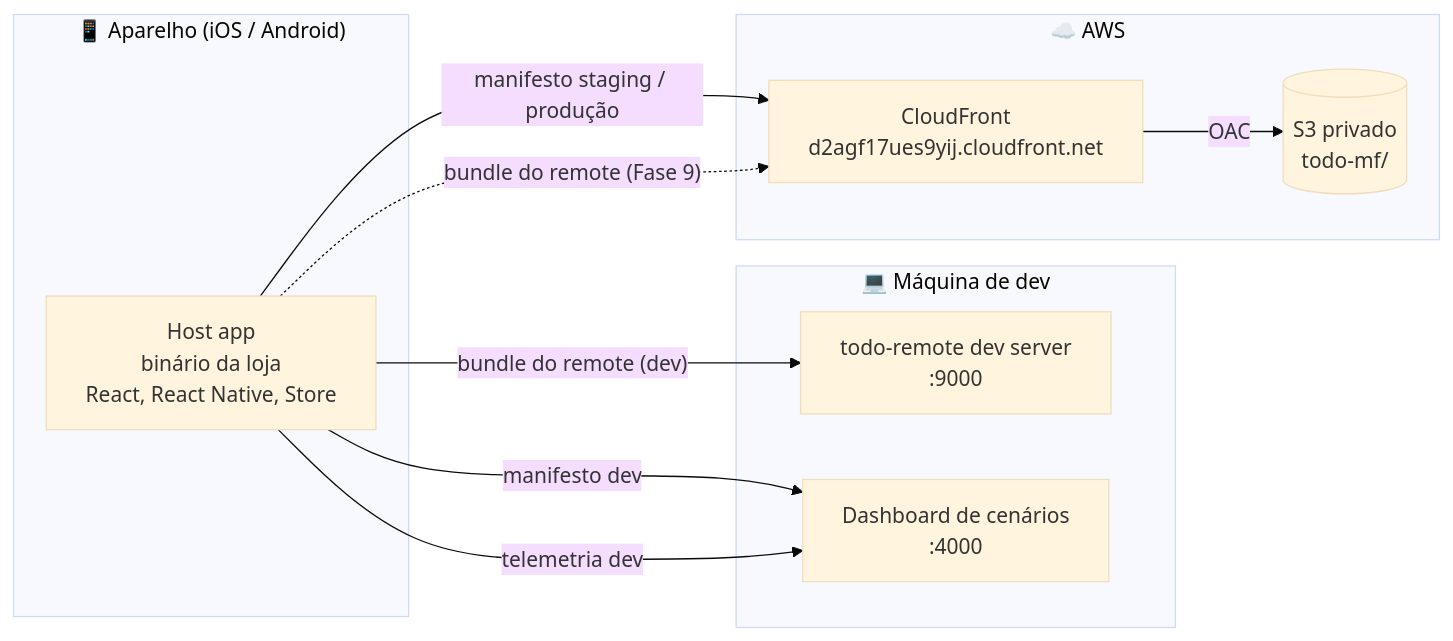
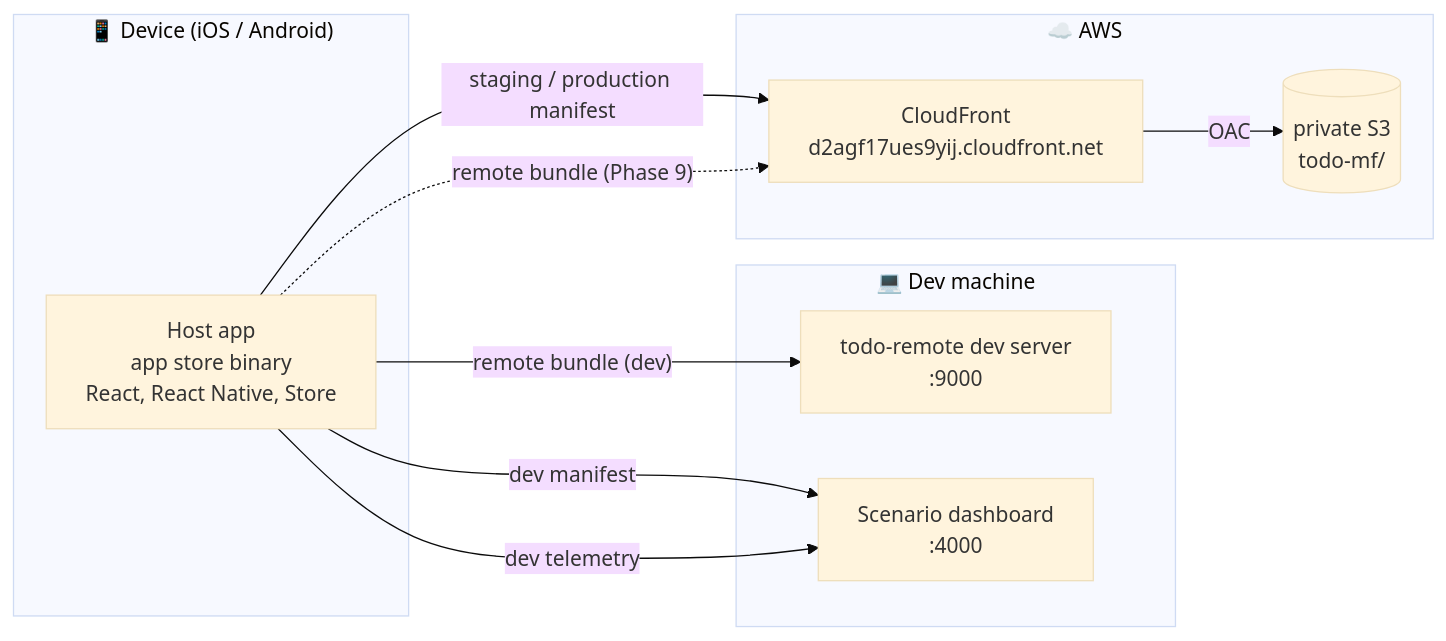
Before and after one commit to Luizrebelatto/module-federation-playground: the first of 8 diagrams in todo-mf/ARCHITECTURE.md, drawn with Mermaid (base theme). The commit also changed other lines of this file and 16 other files, not shown here.

````diff
--- a/todo-mf/ARCHITECTURE.md
+++ b/todo-mf/ARCHITECTURE.md
@@ -13,23 +13,23 @@
 ```mermaid
 flowchart LR
-  subgraph Device["📱 Aparelho (iOS / Android)"]
-    Host["Host app<br/>binário da loja<br/>React, React Native, Store"]
+  subgraph Device["📱 Device (iOS / Android)"]
+    Host["Host app<br/>app store binary<br/>React, React Native, Store"]
   end
 
-  subgraph Dev["💻 Máquina de dev"]
+  subgraph Dev["💻 Dev machine"]
     RemoteDev["todo-remote dev server<br/>:9000"]
-    Dashboard["Dashboard de cenários<br/>:4000"]
+    Dashboard["Scenario dashboard<br/>:4000"]
   end
 
   subgraph AWS["☁️ AWS"]
     CF["CloudFront<br/>d2agf17ues9yij.cloudfront.net"]
-    S3[("S3 privado<br/>todo-mf/")]
+    S3[("private S3<br/>todo-mf/")]
     CF -- "OAC" --> S3
   end
 
-  Host -- "manifesto dev" --> Dashboard
-  Host -- "telemetria dev" --> Dashboard
-  Host -- "bundle do remote (dev)" --> RemoteDev
-  Host -- "manifesto staging / produção" --> CF
-  Host -. "bundle do remote (Fase 9)" .-> CF
+  Host -- "dev manifest" --> Dashboard
+  Host -- "dev telemetry" --> Dashboard
+  Host -- "remote bundle (dev)" --> RemoteDev
+  Host -- "staging / production manifest" --> CF
+  Host -. "remote bundle (Phase 9)" .-> CF
 ```
````
